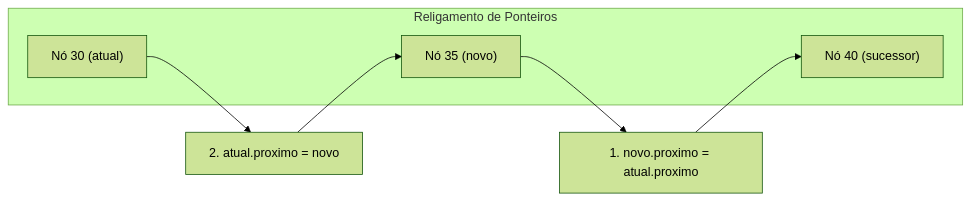
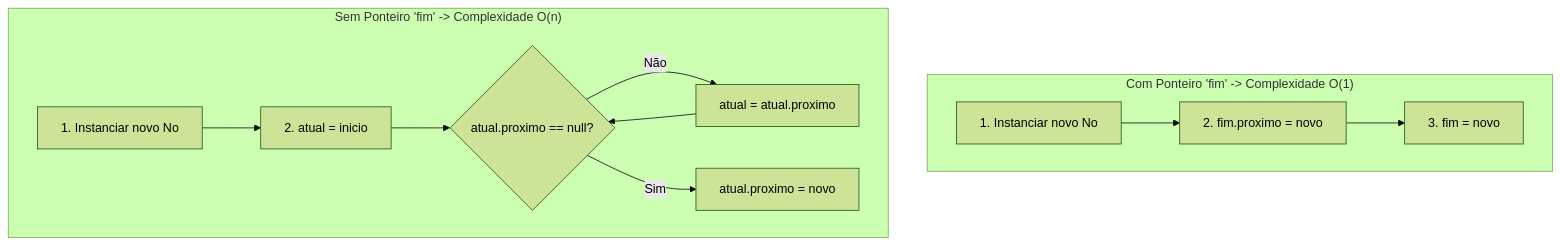
Diagram 14 of 22 in 4º Semestre/[Prof. Wesley Soares] Estrutura de Dados I/Resumos-IA/Caderno-Consolidado.md (murilolol/unifef), drawn with Mermaid (forest theme) before and after one commit. The commit also changed other lines of this file and 25 other files, not shown here.

````diff
--- a/4º Semestre/[Prof. Wesley Soares] Estrutura de Dados I/Resumos-IA/Caderno-Consolidado.md
+++ b/4º Semestre/[Prof. Wesley Soares] Estrutura de Dados I/Resumos-IA/Caderno-Consolidado.md
@@ -798,14 +814,14 @@
 ```mermaid
-flowchart LR
-    subgraph Religamento["Religamento de Ponteiros"]
-        N30["Nó 30 (atual)"]
-        N35["Nó 35 (novo)"]
-        N40["Nó 40 (sucessor)"]
+flowchart TD
+    subgraph ComFim["Com Ponteiro 'fim' -> Complexidade O(1)"]
+        CF1["1. Instanciar novo No"] --> CF2["2. fim.proximo = novo"]
+        CF2 --> CF3["3. fim = novo"]
     end
-    
-    Passo1["1. novo.proximo = atual.proximo"]
-    Passo2["2. atual.proximo = novo"]
-    
-    N30 --> Passo2 --> N35
-    N35 --> Passo1 --> N40
+    subgraph SemFim["Sem Ponteiro 'fim' -> Complexidade O(n)"]
+        SF1["1. Instanciar novo No"] --> SF2["2. atual = inicio"]
+        SF2 --> SF3{"atual.proximo == null?"}
+        SF3 -- Não --> SF4["atual = atual.proximo"]
+        SF4 --> SF3
+        SF3 -- Sim --> SF5["atual.proximo = novo"]
+    end
 ```
````
